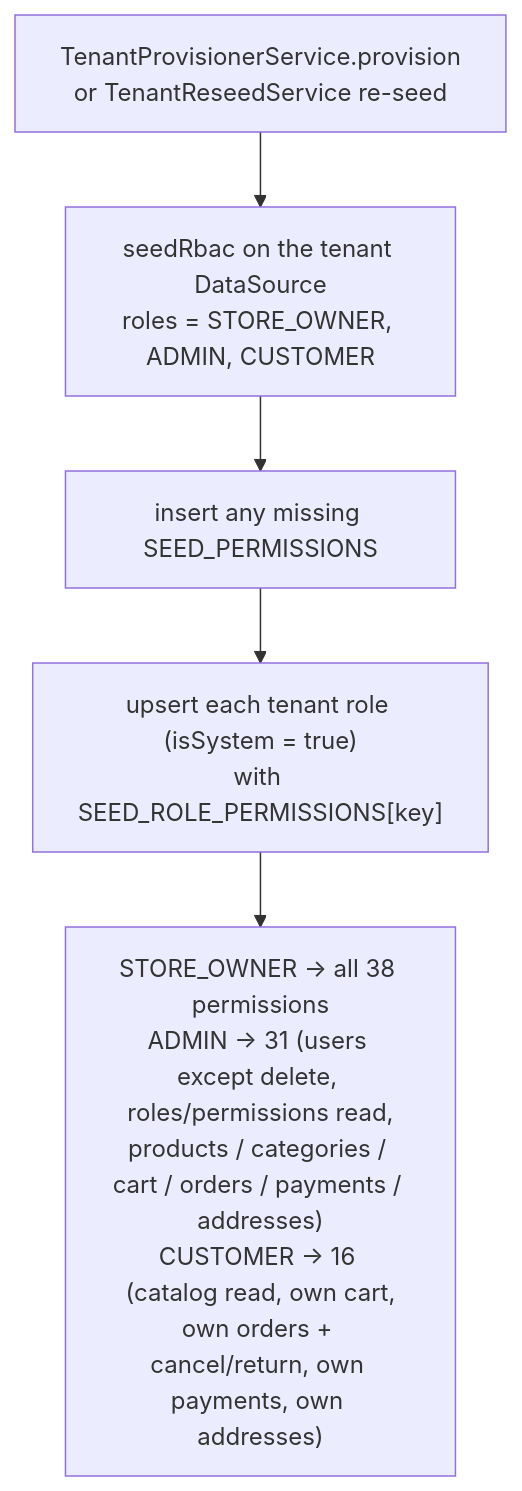
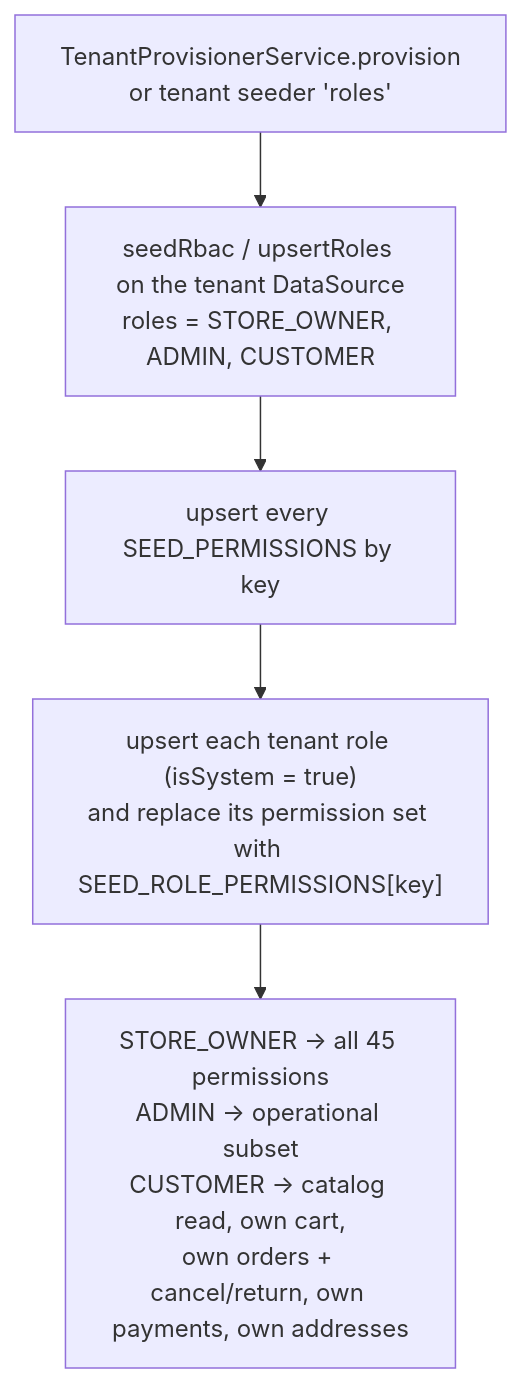
One commit to DevBassel/saas_commerce changed the fourth of 4 diagrams in apps/api/src/modules/rbac/workflow.md. Above: the diagram before and after it, drawn with Mermaid. The commit also changed other lines of this file and 158 other files, not shown here.

````diff
--- a/apps/api/src/modules/rbac/workflow.md
+++ b/apps/api/src/modules/rbac/workflow.md
@@ -79,7 +84,7 @@
 ```mermaid
 flowchart TD
-    PROV["TenantProvisionerService.provision<br/>or TenantReseedService re-seed"] --> TSEED["seedRbac on the tenant DataSource<br/>roles = STORE_OWNER, ADMIN, CUSTOMER"]
-    TSEED --> P["insert any missing SEED_PERMISSIONS"]
-    P --> R["upsert each tenant role (isSystem = true)<br/>with SEED_ROLE_PERMISSIONS[key]"]
-    R --> MATRIX["STORE_OWNER → all 38 permissions<br/>ADMIN → 31 (users except delete, roles/permissions read,<br/>products / categories / cart / orders / payments / addresses)<br/>CUSTOMER → 16 (catalog read, own cart,<br/>own orders + cancel/return, own payments, own addresses)"]
+    PROV["TenantProvisionerService.provision<br/>or tenant seeder 'roles'"] --> TSEED["seedRbac / upsertRoles on the tenant DataSource<br/>roles = STORE_OWNER, ADMIN, CUSTOMER"]
+    TSEED --> P["upsert every SEED_PERMISSIONS by key"]
+    P --> R["upsert each tenant role (isSystem = true)<br/>and replace its permission set with SEED_ROLE_PERMISSIONS[key]"]
+    R --> MATRIX["STORE_OWNER → all 45 permissions<br/>ADMIN → operational subset<br/>CUSTOMER → catalog read, own cart,<br/>own orders + cancel/return, own payments, own addresses"]
 ```
````
